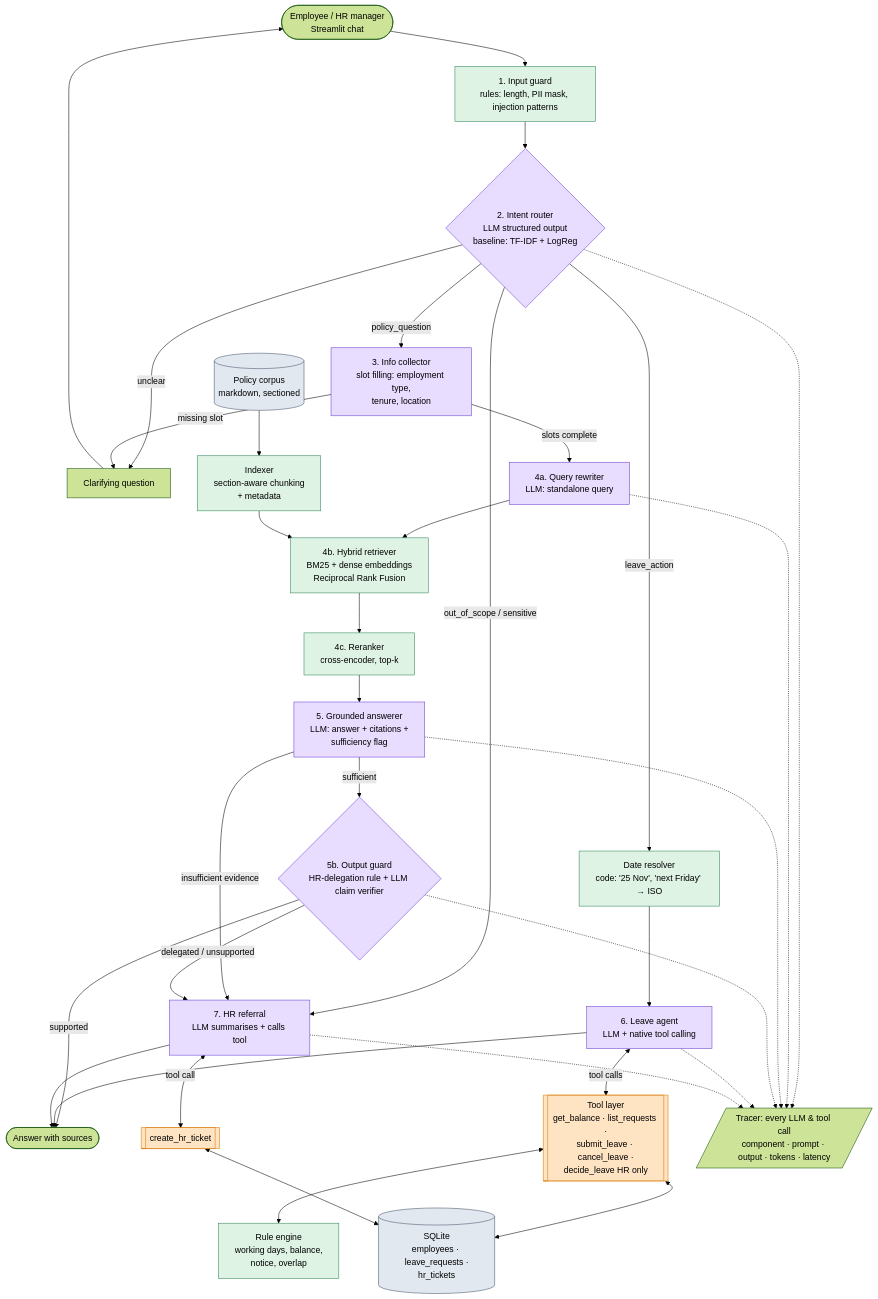
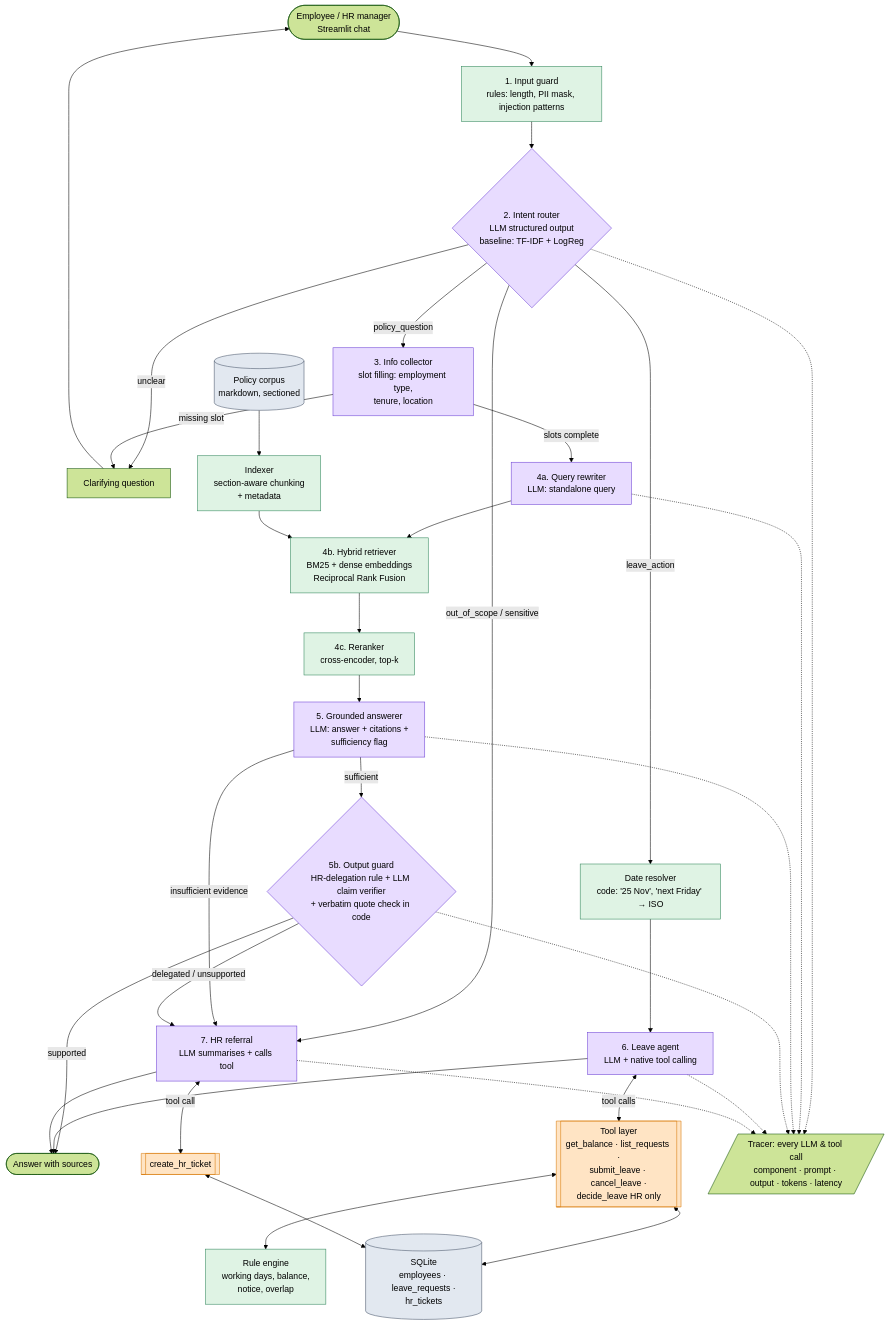
Before and after one commit to KOTAYE/nlp-assignment-1: the diagram in docs/architecture.md, drawn with Mermaid (forest theme). The commit also changed other lines of this file and 64 other files, not shown here.

Commit message:
Iteration 5: citation recovery and table-row quotes in code, one-day leave hint, collector fallback for named items, verifier v4 with collected facts, router v6, rewriter v3; holdout-4 results, report and CRISP-DM log updated

````diff
--- a/docs/architecture.md
+++ b/docs/architecture.md
@@ -5,48 +5,48 @@
 ```mermaid
 flowchart TD
     U([Employee / HR manager<br/>Streamlit chat]) --> G[1. Input guard<br/>rules: length, PII mask, injection patterns]
     G --> R{2. Intent router<br/>LLM structured output<br/>baseline: TF-IDF + LogReg}
 
     R -->|policy_question| C1[3. Info collector<br/>slot filling: employment type,<br/>tenure, location]
     R -->|leave_action| DT[Date resolver<br/>code: '25 Nov', 'next Friday' → ISO] --> A[6. Leave agent<br/>LLM + native tool calling]
     R -->|out_of_scope / sensitive| H[7. HR referral<br/>LLM summarises + calls tool]
     R -->|unclear| Q[Clarifying question]
 
     C1 -->|missing slot| Q
     C1 -->|slots complete| QR[4a. Query rewriter<br/>LLM: standalone query]
     QR --> RET[4b. Hybrid retriever<br/>BM25 + dense embeddings<br/>Reciprocal Rank Fusion]
     RET --> RR[4c. Reranker<br/>cross-encoder, top-k]
     RR --> GEN[5. Grounded answerer<br/>LLM: answer + citations +<br/>sufficiency flag]
     GEN -->|insufficient evidence| H
-    GEN -->|sufficient| VER{5b. Output guard<br/>HR-delegation rule + LLM claim verifier}
+    GEN -->|sufficient| VER{5b. Output guard<br/>HR-delegation rule + LLM claim verifier<br/>+ verbatim quote check in code}
     VER -->|delegated / unsupported| H
     VER -->|supported| OUT([Answer with sources])
 
     A <-->|tool calls| T[[Tool layer<br/>get_balance · list_requests ·<br/>submit_leave · cancel_leave ·<br/>decide_leave HR only]]
     H <-->|tool call| TT[[create_hr_ticket]]
     T <--> RULES[Rule engine<br/>working days, balance,<br/>notice, overlap]
     T <--> DB[(SQLite<br/>employees · leave_requests ·<br/>hr_tickets)]
     TT <--> DB
     A --> OUT
     H --> OUT
     Q --> U
 
     POL[(Policy corpus<br/>markdown, sectioned)] --> IDX[Indexer<br/>section-aware chunking<br/>+ metadata] --> RET
 
     TR[/Tracer: every LLM & tool call<br/>component · prompt · output · tokens · latency/]
     R -.-> TR
     QR -.-> TR
     GEN -.-> TR
     VER -.-> TR
     A -.-> TR
     H -.-> TR
 
     classDef llm fill:#e8dcff,stroke:#6b3fd4,color:#000
     classDef tool fill:#ffe4c4,stroke:#d97706,color:#000
     classDef local fill:#dff3e4,stroke:#2f855a,color:#000
     classDef data fill:#e2e8f0,stroke:#475569,color:#000
     class R,C1,QR,GEN,VER,A,H llm
     class T,TT tool
     class G,RET,RR,RULES,IDX,DT local
     class DB,POL data
 ```
````
